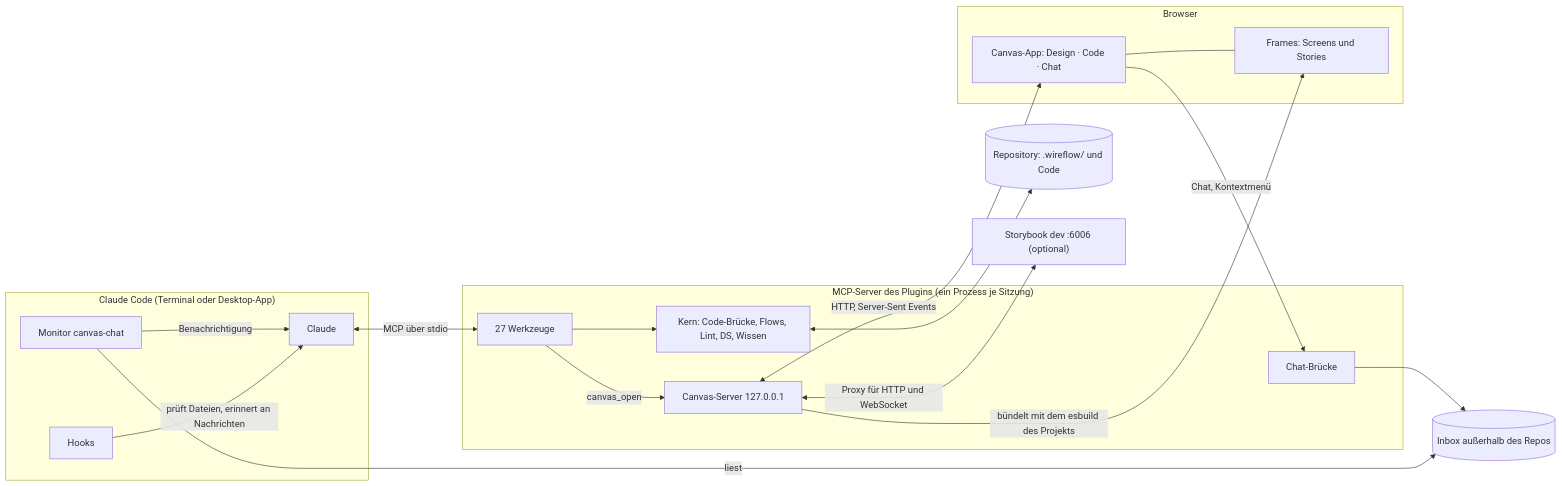
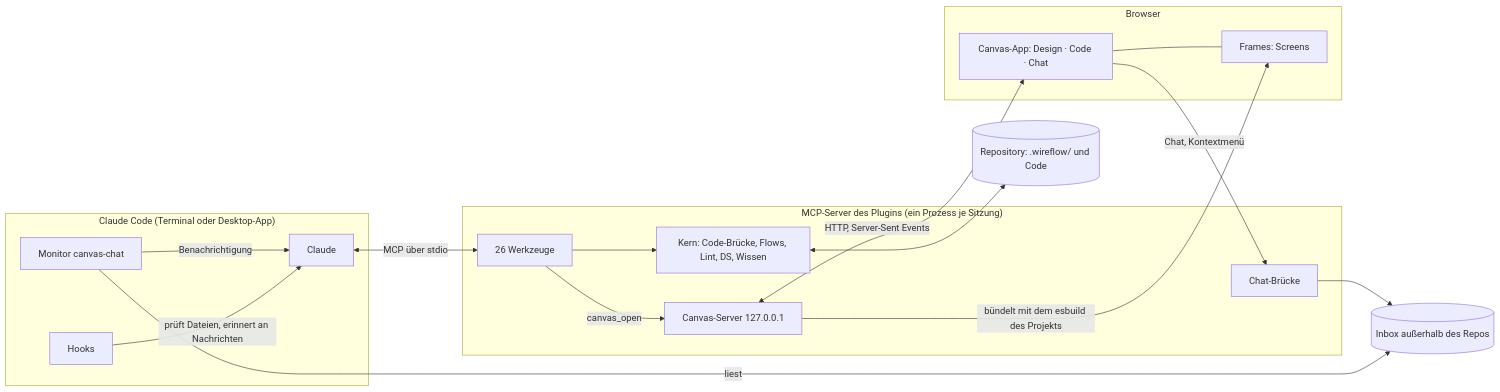
The first of 3 diagrams in plugins/wireflow/docs/architektur.md (Arcade1080/awesome-uxe), drawn with Mermaid before and after one commit. The commit also changed other lines of this file and 21 other files, not shown here.

````diff
--- a/plugins/wireflow/docs/architektur.md
+++ b/plugins/wireflow/docs/architektur.md
@@ -7,35 +7,33 @@
 ```mermaid
 flowchart LR
   subgraph CC["Claude Code (Terminal oder Desktop-App)"]
     CL["Claude"]
     MON["Monitor canvas-chat"]
     HK["Hooks"]
   end
   subgraph MCPP["MCP-Server des Plugins (ein Prozess je Sitzung)"]
-    TOOLS["27 Werkzeuge"]
+    TOOLS["26 Werkzeuge"]
     CORE["Kern: Code-Brücke, Flows, Lint, DS, Wissen"]
     CS["Canvas-Server 127.0.0.1"]
     BR["Chat-Brücke"]
   end
   subgraph BRW["Browser"]
     APP["Canvas-App: Design · Code · Chat"]
-    FR["Frames: Screens und Stories"]
+    FR["Frames: Screens"]
   end
   REPO[("Repository: .wireflow/ und Code")]
   INBOX[("Inbox außerhalb des Repos")]
-  SB["Storybook dev :6006 (optional)"]
 
   CL <-->|"MCP über stdio"| TOOLS
   TOOLS --> CORE
   CORE <--> REPO
   TOOLS -->|"canvas_open"| CS
   CS <-->|"HTTP, Server-Sent Events"| APP
   APP --- FR
   CS -->|"bündelt mit dem esbuild des Projekts"| FR
-  CS <-->|"Proxy für HTTP und WebSocket"| SB
   APP -->|"Chat, Kontextmenü"| BR
   BR --> INBOX
   MON -->|"liest"| INBOX
   MON -->|"Benachrichtigung"| CL
   HK -->|"prüft Dateien, erinnert an Nachrichten"| CL
 ```
````
